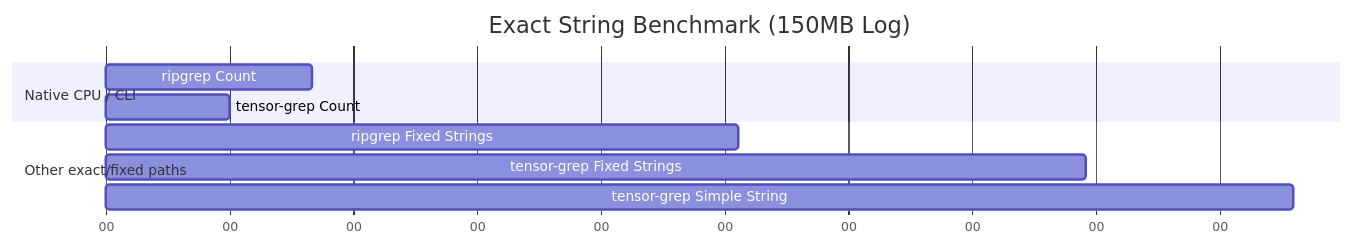
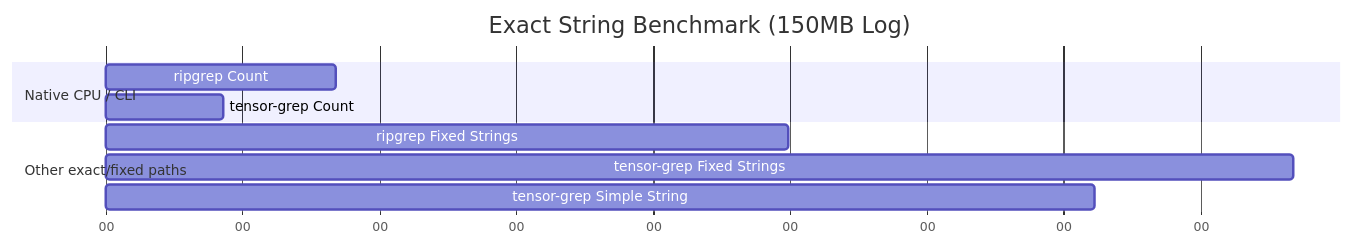
The third of 3 diagrams in docs/PAPER.md (oimiragieo/tensor-grep), drawn with Mermaid before and after one commit. The commit also changed other lines of this file and 1 other file, not shown here.

````diff
--- a/docs/PAPER.md
+++ b/docs/PAPER.md
@@ -127,15 +127,15 @@
 ```mermaid
 gantt
     title Exact String Benchmark (150MB Log)
     dateFormat  s
     axisFormat %S
     
     section Native CPU / CLI
-    ripgrep Count              :a1, 0, 0.167s
-    tensor-grep Count          :a2, 0, 0.100s
+    ripgrep Count              :a1, 0, 0.168s
+    tensor-grep Count          :a2, 0, 0.086s
     
     section Other exact/fixed paths
-    ripgrep Fixed Strings      :a3, 0, 0.511s
-    tensor-grep Fixed Strings  :a4, 0, 0.792s
-    tensor-grep Simple String  :a5, 0, 0.960s
+    ripgrep Fixed Strings      :a3, 0, 0.499s
+    tensor-grep Fixed Strings  :a4, 0, 0.868s
+    tensor-grep Simple String  :a5, 0, 0.723s
 ```
````
